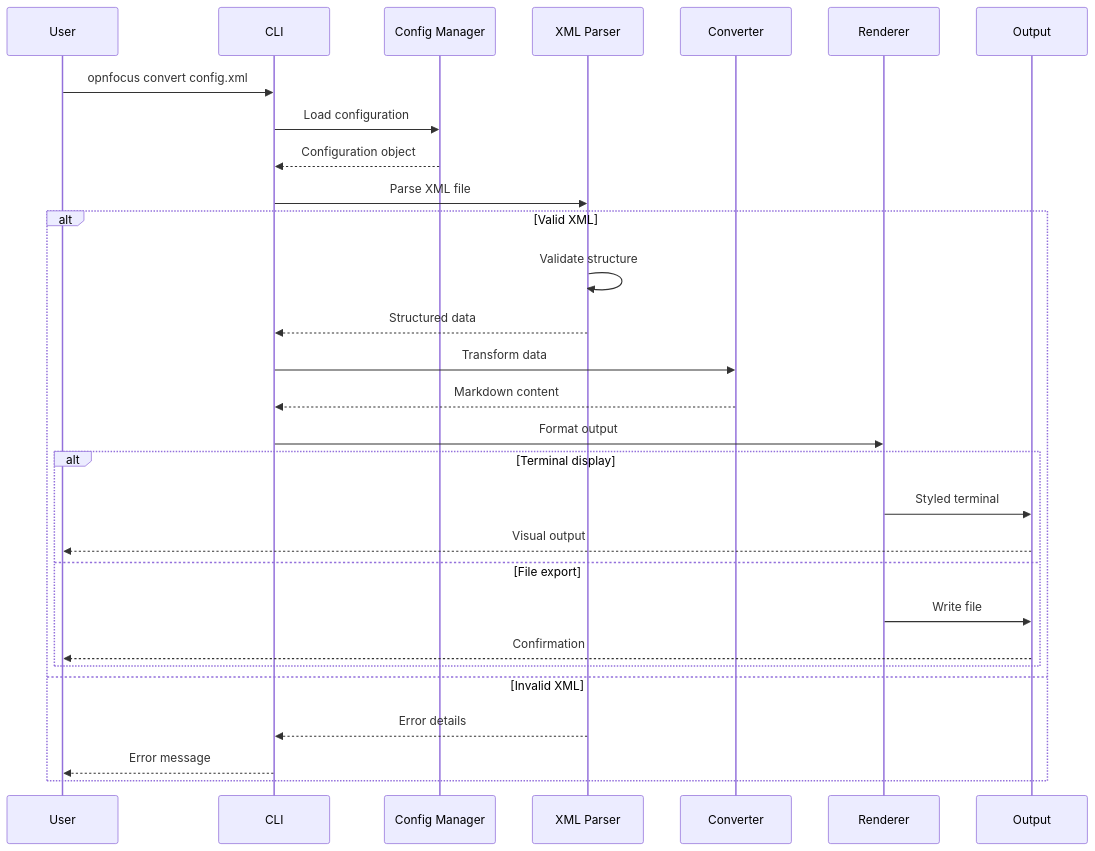
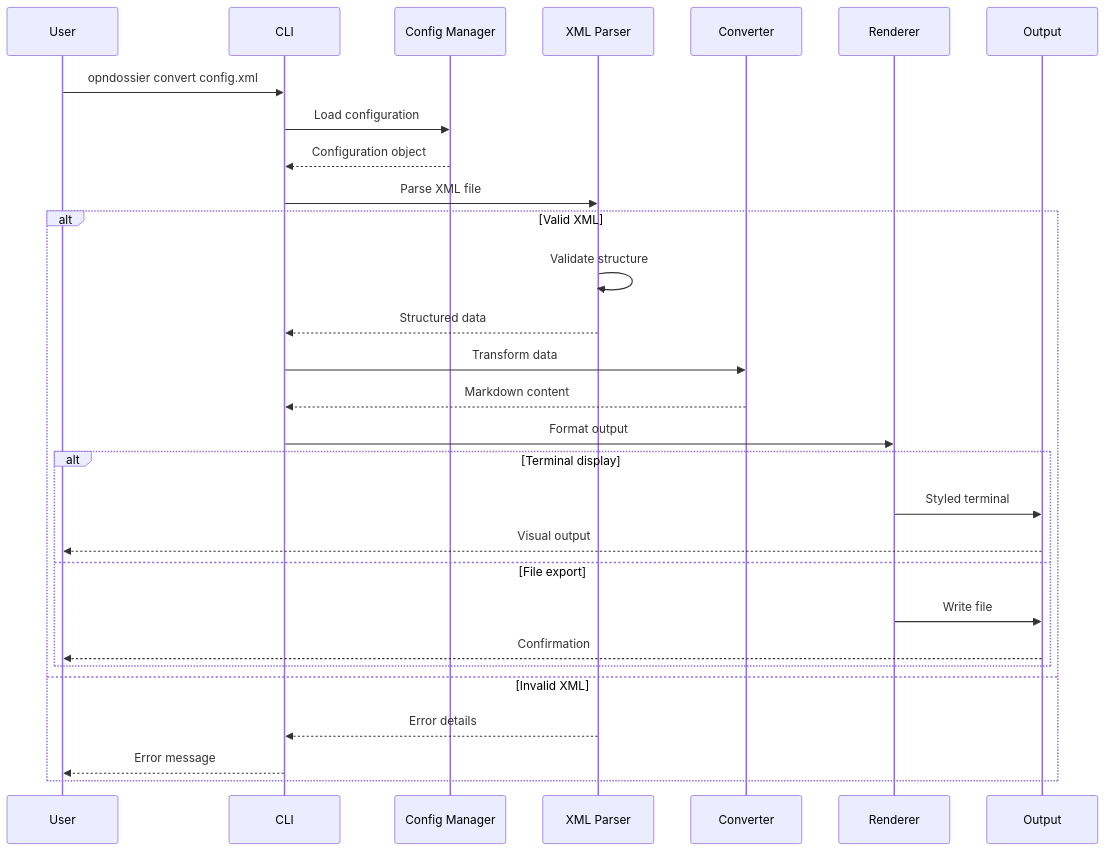
The first of 3 diagrams in ARCHITECTURE.md (EvilBit-Labs/opnDossier), drawn with Mermaid before and after one commit. The commit also changed other lines of this file and 16 other files, not shown here.

````diff
--- a/ARCHITECTURE.md
+++ b/ARCHITECTURE.md
@@ -69,34 +69,34 @@
 ```mermaid
 sequenceDiagram
     participant User
     participant CLI
     participant ConfigMgr as Config Manager
     participant Parser as XML Parser
     participant Converter
     participant Renderer
     participant Output
 
-    User->>CLI: opnfocus convert config.xml
+    User->>CLI: opndossier convert config.xml
     CLI->>ConfigMgr: Load configuration
     ConfigMgr-->>CLI: Configuration object
     CLI->>Parser: Parse XML file
 
     alt Valid XML
         Parser->>Parser: Validate structure
         Parser-->>CLI: Structured data
         CLI->>Converter: Transform data
         Converter-->>CLI: Markdown content
         CLI->>Renderer: Format output
 
         alt Terminal display
             Renderer->>Output: Styled terminal
             Output-->>User: Visual output
         else File export
             Renderer->>Output: Write file
             Output-->>User: Confirmation
         end
     else Invalid XML
         Parser-->>CLI: Error details
         CLI-->>User: Error message
     end
 ```
````
